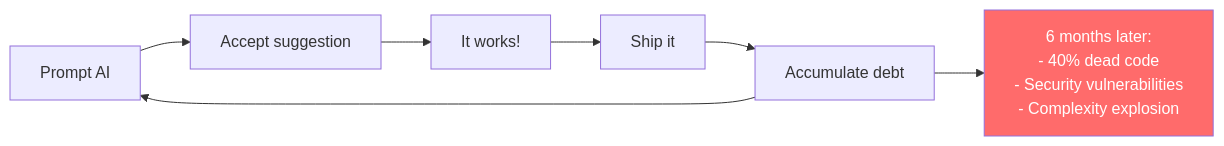
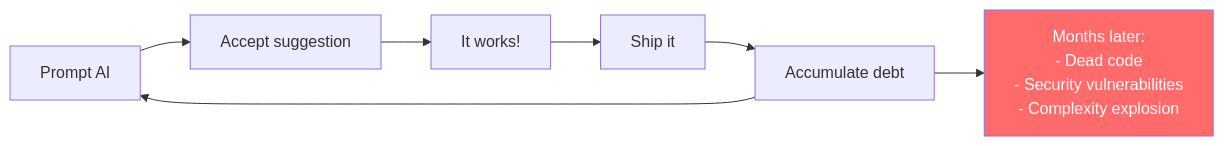
One commit to duriantaco/skylos-docs changed the second of 2 diagrams in docs/concepts/vibe-coding.mdx. Above: the diagram before and after it, drawn with Mermaid. The commit also changed other lines of this file and 19 other files, not shown here.

````diff
--- a/docs/concepts/vibe-coding.mdx
+++ b/docs/concepts/vibe-coding.mdx
@@ -171,12 +161,12 @@
 ```mermaid
 flowchart LR
     A["Prompt AI"] --> B["Accept suggestion"]
     B --> C["It works!"]
     C --> D["Ship it"]
     D --> E["Accumulate debt"]
     E --> A
 
-    E --> F["6 months later:\n- 40% dead code\n- Security vulnerabilities\n- Complexity explosion"]
+    E --> F["Months later:\n- Dead code\n- Security vulnerabilities\n- Complexity explosion"]
 
     style F fill:#ff6b6b,color:#fff
 ```
````
